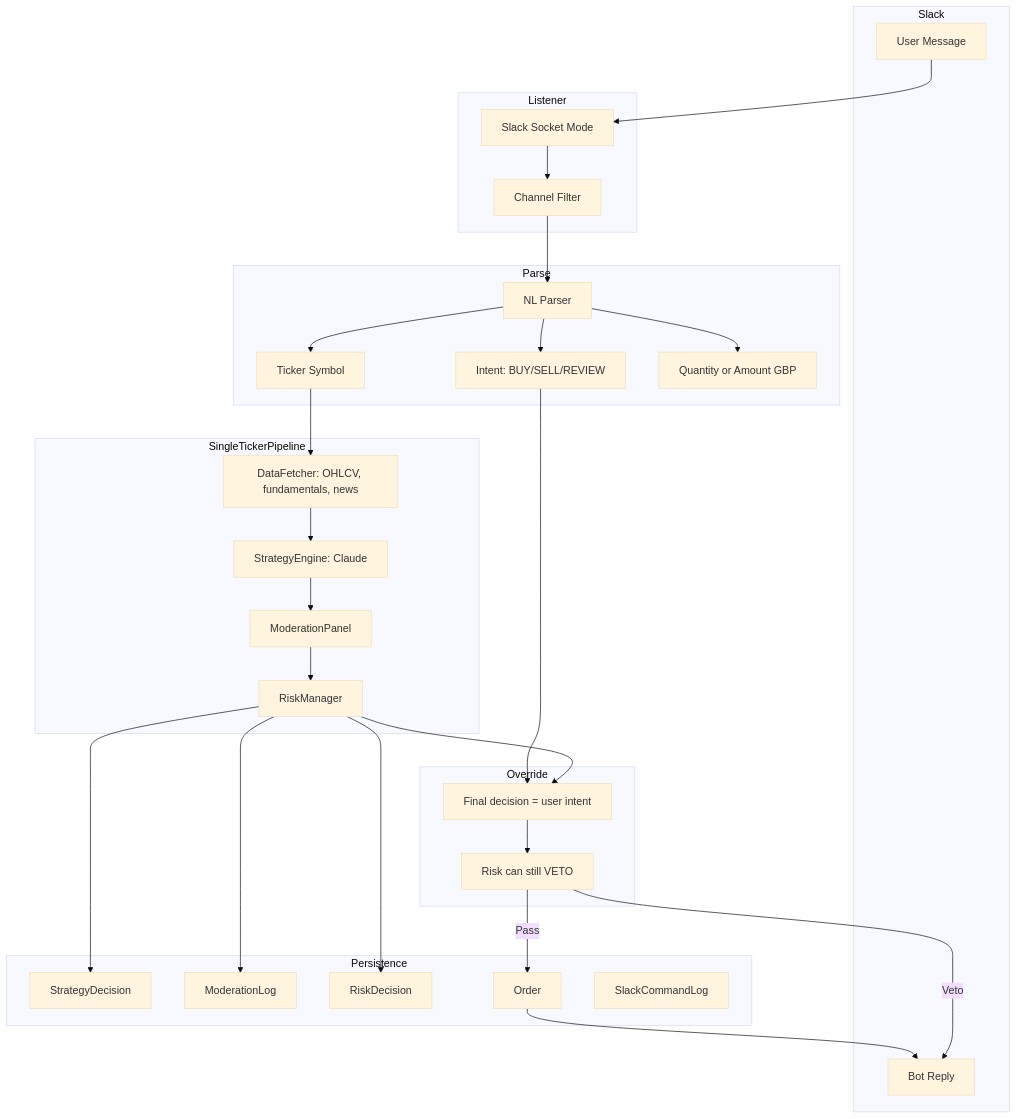
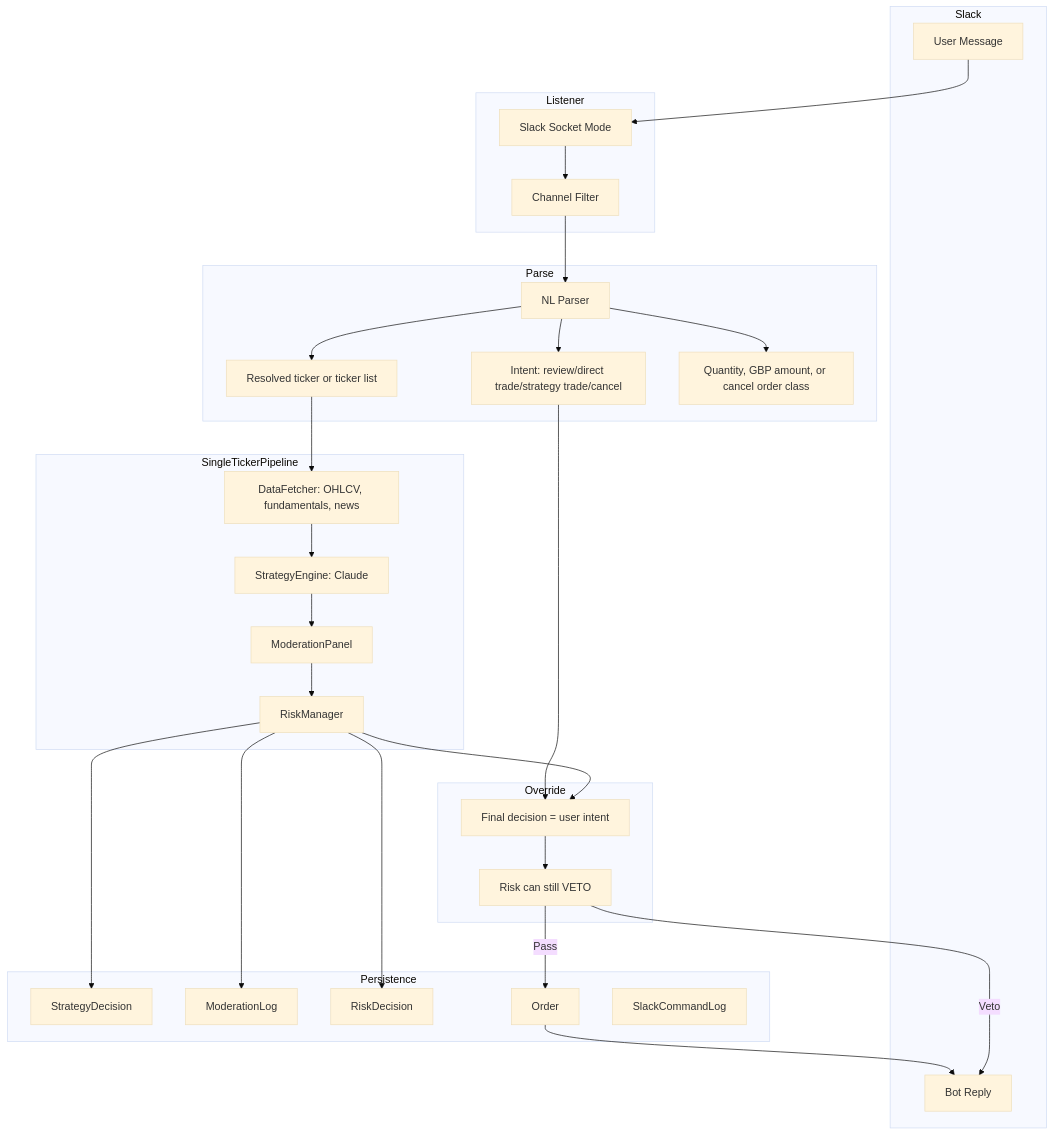
The diagram in docs/CHAT_AND_COMMANDS.md (zenouz-ai/zeninvest), drawn with Mermaid (base theme) before and after one commit. The commit also changed other lines of this file and 16 other files, not shown here.

Commit message:
docs: sync command modes, market-session scheduling, and roadmap notes

````diff
--- a/docs/CHAT_AND_COMMANDS.md
+++ b/docs/CHAT_AND_COMMANDS.md
@@ -295,59 +295,59 @@
 ```mermaid
 flowchart TB
     subgraph Slack
         User[User Message]
         Bot[Bot Reply]
     end
 
     subgraph Listener
         Socket[Slack Socket Mode]
         Filter[Channel Filter]
     end
 
     subgraph Parse
         NL[NL Parser]
-        Intent[Intent: BUY/SELL/REVIEW]
-        Ticker[Ticker Symbol]
-        Qty[Quantity or Amount GBP]
+        Intent[Intent: review/direct trade/strategy trade/cancel]
+        Ticker[Resolved ticker or ticker list]
+        Qty[Quantity, GBP amount, or cancel order class]
     end
 
     subgraph SingleTickerPipeline
         Data[DataFetcher: OHLCV, fundamentals, news]
         Strategy[StrategyEngine: Claude]
         Mod[ModerationPanel]
         Risk[RiskManager]
     end
 
     subgraph Override
         UserOverride[Final decision = user intent]
         RiskVeto[Risk can still VETO]
     end
 
     subgraph Persistence
         StrategyDecision[StrategyDecision]
         ModerationLog[ModerationLog]
         RiskDecision[RiskDecision]
         Order[Order]
         SlackCommandLog[SlackCommandLog]
     end
 
     User --> Socket
     Socket --> Filter
     Filter --> NL
     NL --> Intent
     NL --> Ticker
     NL --> Qty
     Ticker --> Data
     Data --> Strategy
     Strategy --> Mod
     Mod --> Risk
     Risk --> StrategyDecision
     Risk --> ModerationLog
     Risk --> RiskDecision
     Risk --> UserOverride
     UserOverride --> RiskVeto
     RiskVeto -->|Pass| Order
     RiskVeto -->|Veto| Bot
     Order --> Bot
     Intent --> UserOverride
 ```
````
